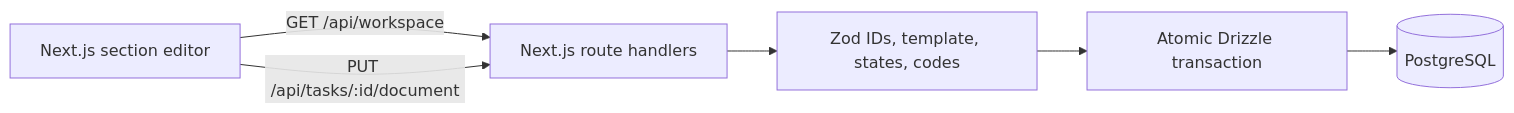
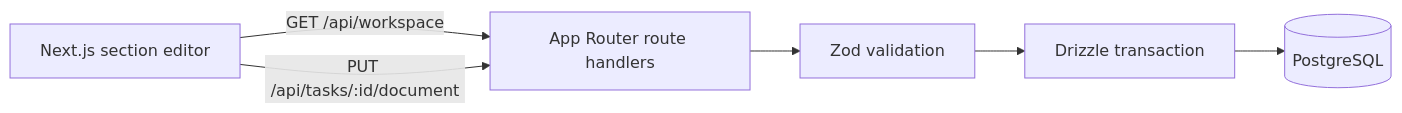
Before and after one commit to hmelihalan/CO-AI-skeleton: the diagram in README.md, drawn with Mermaid. The commit also changed other lines of this file and 7 other files, not shown here.

````diff
--- a/README.md
+++ b/README.md
@@ -81,8 +21,8 @@
 ```mermaid
 flowchart LR
-    UI[Next.js section editor] -->|GET /api/workspace| API[Next.js route handlers]
+    UI[Next.js section editor] -->|GET /api/workspace| API[App Router route handlers]
     UI -->|PUT /api/tasks/:id/document| API
-    API --> VALIDATION[Zod IDs, template, states, codes]
-    VALIDATION --> TX[Atomic Drizzle transaction]
+    API --> VALIDATION[Zod validation]
+    VALIDATION --> TX[Drizzle transaction]
     TX --> DB[(PostgreSQL)]
 ```
````
